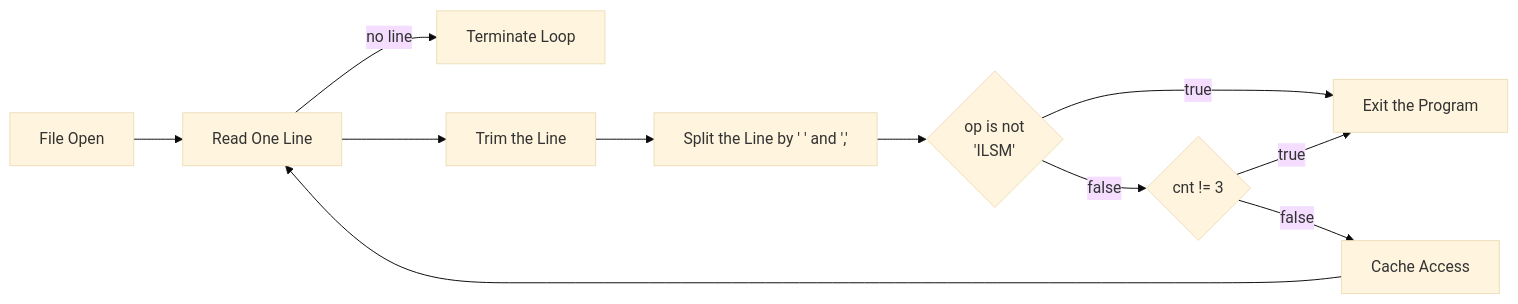
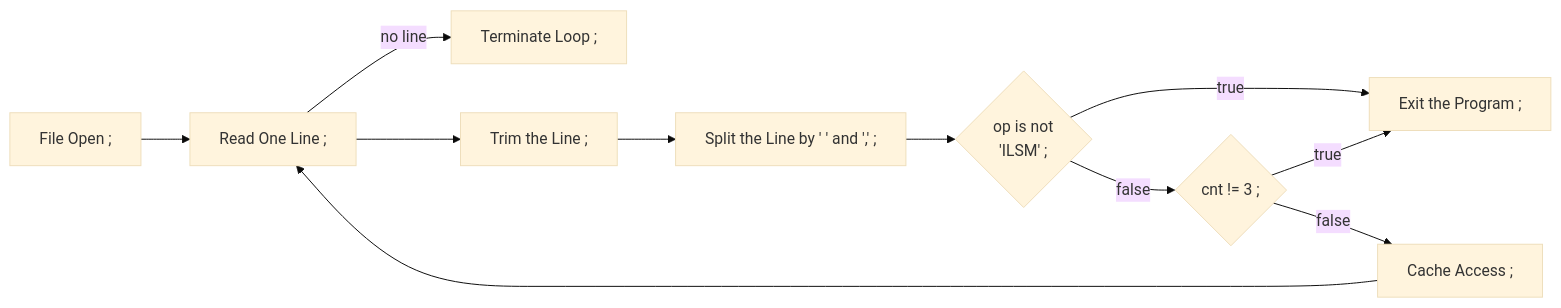
One commit to hanmyeonglee/cs211 changed the second of 3 diagrams in Cache Lab/workspace/20240614.md. Above: the diagram before and after it, drawn with Mermaid (base theme). The commit also changed other lines of this file, not shown here.

Commit message:
Feat: adds page break, chart info

````diff
--- a/Cache Lab/workspace/20240614.md
+++ b/Cache Lab/workspace/20240614.md
@@ -111,13 +118,13 @@
 ```mermaid
 graph LR
-    A[File Open] --> B[Read One Line]
-    B --> |<p class='linename'>no line</p>| Z[Terminate Loop]
-    B --> C[Trim the Line]
-    C --> D[Split the Line by ' ' and ',']
-    D --> E{op is not<br>'ILSM'}
-    E --> |<p class='linename'>true</p>| X[Exit the Program]
-    E --> |<p class='linename'>false</p>| F{cnt != 3}
+    A[File Open ;] --> B[Read One Line ;]
+    B --> |<p class='linename'>no line</p>| Z[Terminate Loop ;]
+    B --> C[Trim the Line ;]
+    C --> D[Split the Line by ' ' and ',' ;]
+    D --> E{op is not<br>'ILSM' ;}
+    E --> |<p class='linename'>true</p>| X[Exit the Program ;]
+    E --> |<p class='linename'>false</p>| F{cnt != 3 ;}
     F --> |<p class='linename'>true</p>| X
-    F --> |<p class='linename'>false</p>| G[Cache Access]
+    F --> |<p class='linename'>false</p>| G[Cache Access ;]
     G --> B
 ```
````
